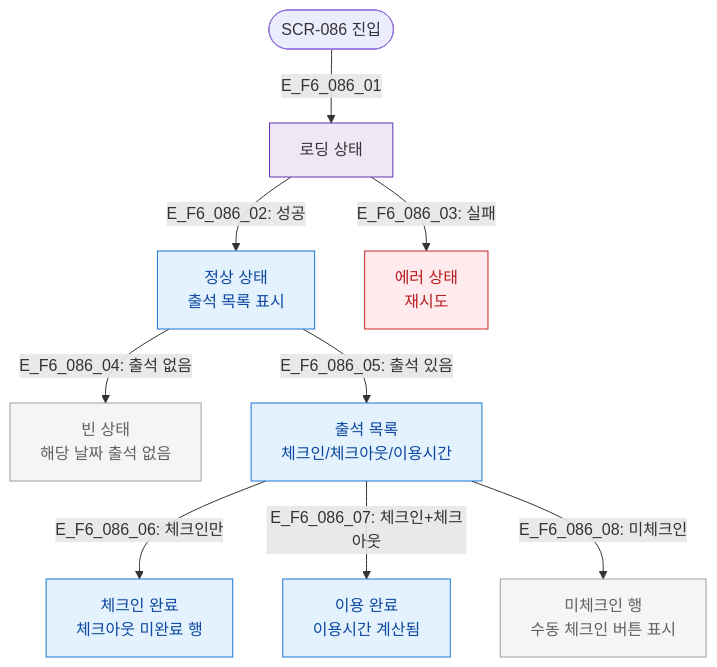
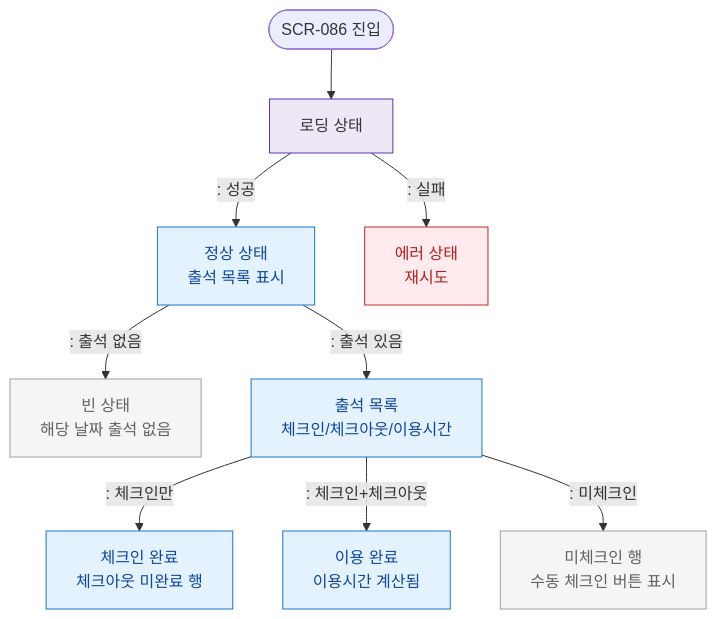
Before and after one commit to dev-spogym/admin-pando: the diagram in docs/다이어그램/D09_설정관리/SCR-086_출석관리_회원/F6_상태별화면.md, drawn with Mermaid. The commit also changed other lines of this file and 1660 other files, not shown here.

First line of the commit message:
다이어그램: 기획자/클라이언트 납품본으로 정리

````diff
--- a/docs/다이어그램/D09_설정관리/SCR-086_출석관리_회원/F6_상태별화면.md
+++ b/docs/다이어그램/D09_설정관리/SCR-086_출석관리_회원/F6_상태별화면.md
@@ -14,22 +12,22 @@
 ```mermaid
 flowchart TD
-    Entry([SCR-086 진입]) -->|E_F6_086_01| Loading[로딩 상태]
-    Loading -->|"E_F6_086_02: 성공"| Normal[정상 상태\n출석 목록 표시]
-    Loading -->|"E_F6_086_03: 실패"| ErrorState[에러 상태\n재시도]
+    Entry([SCR-086 진입]) --> Loading[로딩 상태]
+    Loading -->|": 성공"|Normal[정상 상태\n출석 목록 표시]
+    Loading -->|": 실패"|ErrorState[에러 상태\n재시도]
 
-    Normal -->|"E_F6_086_04: 출석 없음"| Empty[빈 상태\n해당 날짜 출석 없음]
-    Normal -->|"E_F6_086_05: 출석 있음"| HasRecords[출석 목록\n체크인/체크아웃/이용시간]
+    Normal -->|": 출석 없음"|Empty[빈 상태\n해당 날짜 출석 없음]
+    Normal -->|": 출석 있음"|HasRecords[출석 목록\n체크인/체크아웃/이용시간]
 
-    HasRecords -->|"E_F6_086_06: 체크인만"| CheckinOnly[체크인 완료\n체크아웃 미완료 행]
-    HasRecords -->|"E_F6_086_07: 체크인+체크아웃"| FullRecord[이용 완료\n이용시간 계산됨]
-    HasRecords -->|"E_F6_086_08: 미체크인"| NotCheckin[미체크인 행\n수동 체크인 버튼 표시]
+    HasRecords -->|": 체크인만"|CheckinOnly[체크인 완료\n체크아웃 미완료 행]
+    HasRecords -->|": 체크인+체크아웃"|FullRecord[이용 완료\n이용시간 계산됨]
+    HasRecords -->|": 미체크인"|NotCheckin[미체크인 행\n수동 체크인 버튼 표시]
 
     classDef screen fill:#E3F2FD,stroke:#1976D2,color:#0D47A1
     classDef error fill:#FFEBEE,stroke:#C62828,color:#B71C1C
     classDef system fill:#EDE7F6,stroke:#5E35B2
     classDef rbacBlocked fill:#F5F5F5,stroke:#9E9E9E,color:#616161
     class Normal,HasRecords,CheckinOnly,FullRecord screen
     class ErrorState error
     class Loading system
     class Empty,NotCheckin rbacBlocked
 ```
````
